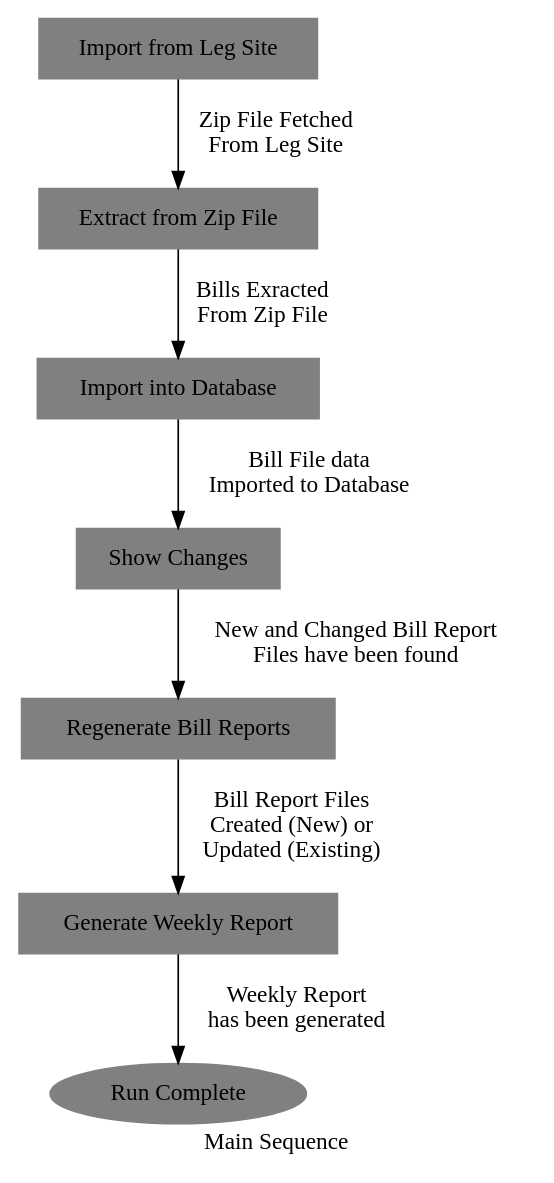
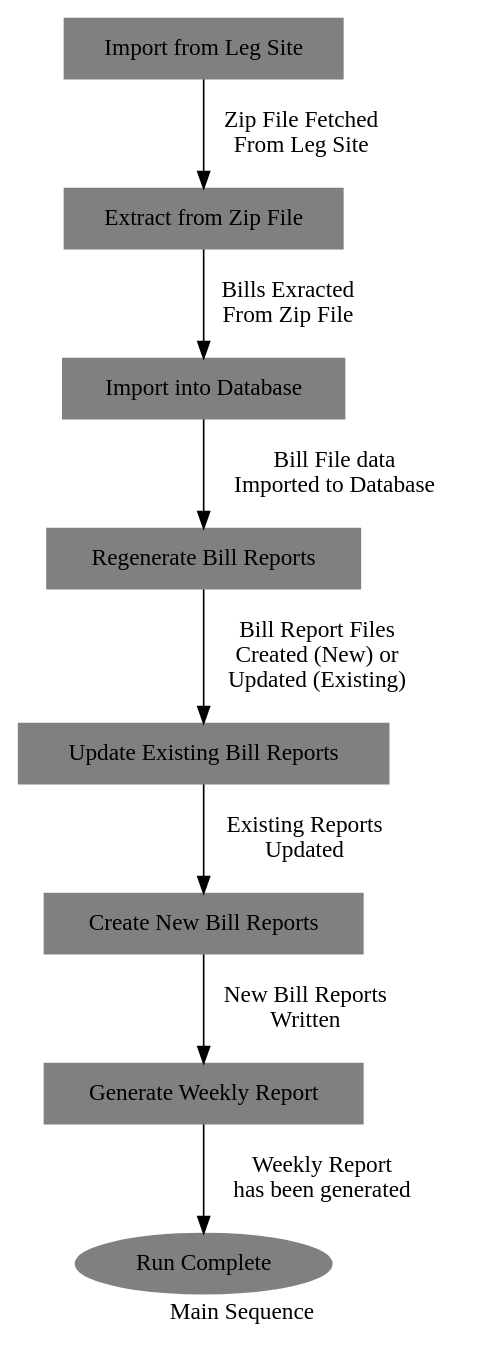
The diagram in Documentation/MainSequence/Diagram.dot (josgood88/Scout2), drawn with Graphviz before and after one commit. The commit also changed 13 other files, not shown here.

Commit message:
Main Sequence is now controlled by its own class.  It is past time for this.  Added bill-report-update and bill-report-create steps to the sequence -- just the shell of these for now.

```diff
--- a/Documentation/MainSequence/Diagram.dot
+++ b/Documentation/MainSequence/Diagram.dot
@@ -1,24 +1,26 @@
 #
 digraph diagram
 {
    label="Main Sequence"
 #  rankdir = LR;
 #  concentrate = true;
 #  edge[samehead=h1, sametail=t1];
    edge[samehead=h1];
 
-"Changes"  [label="Show Changes",shape = rectangle,style = filled,color = gray]
 "Done"     [label="Run Complete",shape = ellipse,style = filled,color = gray]
 "Import"   [label="Import into Database",shape = rectangle,style = filled,color = gray]
 "LegSite"  [label="Import from Leg Site",shape = rectangle,style = filled,color = gray]
+"New"      [label="Create New Bill Reports",shape = rectangle,style = filled,color = gray]
 "Regen"    [label="Regenerate Bill Reports",shape = rectangle,style = filled,color = gray]
 "Report"   [label="Generate Weekly Report",shape = rectangle,style = filled,color = gray]
+"Update"   [label="Update Existing Bill Reports",shape = rectangle,style = filled,color = gray]
 "ZipFile"  [label="Extract from Zip File",shape = rectangle,style = filled,color = gray]
 
 "LegSite"  -> "ZipFile" [label="Zip File Fetched\nFrom Leg Site"]
 "ZipFile"  -> "Import"  [label="Bills Exracted\nFrom Zip File"]
-"Import"   -> "Changes" [label="Bill File data\nImported to Database"]
-"Changes"  -> "Regen"   [label="New and Changed Bill Report\nFiles have been found"]
-"Regen"    -> "Report"  [label="Bill Report Files\nCreated (New) or\nUpdated (Existing)"]
+"Import"   -> "Regen"   [label="Bill File data\nImported to Database"]
+"Regen"    -> "Update"  [label="Bill Report Files\nCreated (New) or\nUpdated (Existing)"]
+"Update"   -> "New"     [label="Existing Reports\nUpdated"]
+"New"      -> "Report"  [label="New Bill Reports\nWritten"]
 "Report"   -> "Done"    [label="Weekly Report\nhas been generated"]
 }
```
